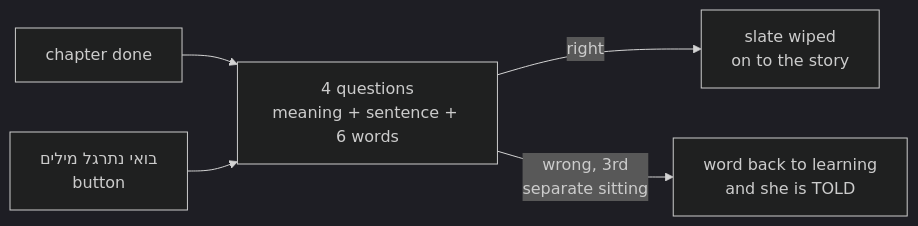
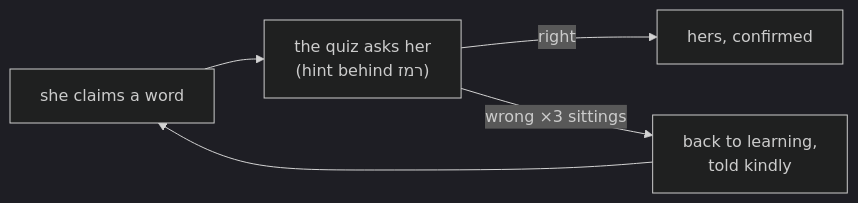
One commit to dkreinov/magic-clinic-english changed the diagram in .oplan/word-quiz/STATUS.md. Above: the diagram before and after it, drawn with Mermaid (dark theme). The commit also changed other lines of this file and 5 other files, not shown here.

````diff
--- a/.oplan/word-quiz/STATUS.md
+++ b/.oplan/word-quiz/STATUS.md
@@ -17,7 +15,7 @@
 ```mermaid
 flowchart LR
-    A["chapter done"] --> B["4 questions<br/>meaning + sentence + 6 words"]
-    B -->|right| C["slate wiped<br/>on to the story"]
-    B -->|"wrong, 3rd<br/>separate sitting"| D["word back to learning<br/>and she is TOLD"]
-    E["בואי נתרגל מילים<br/>button"] --> B
+    A["she claims a word"] --> B["the quiz asks her<br/>(hint behind רמז)"]
+    B -->|right| C["hers, confirmed"]
+    B -->|"wrong ×3 sittings"| D["back to learning,<br/>told kindly"]
+    D --> A
 ```
````
